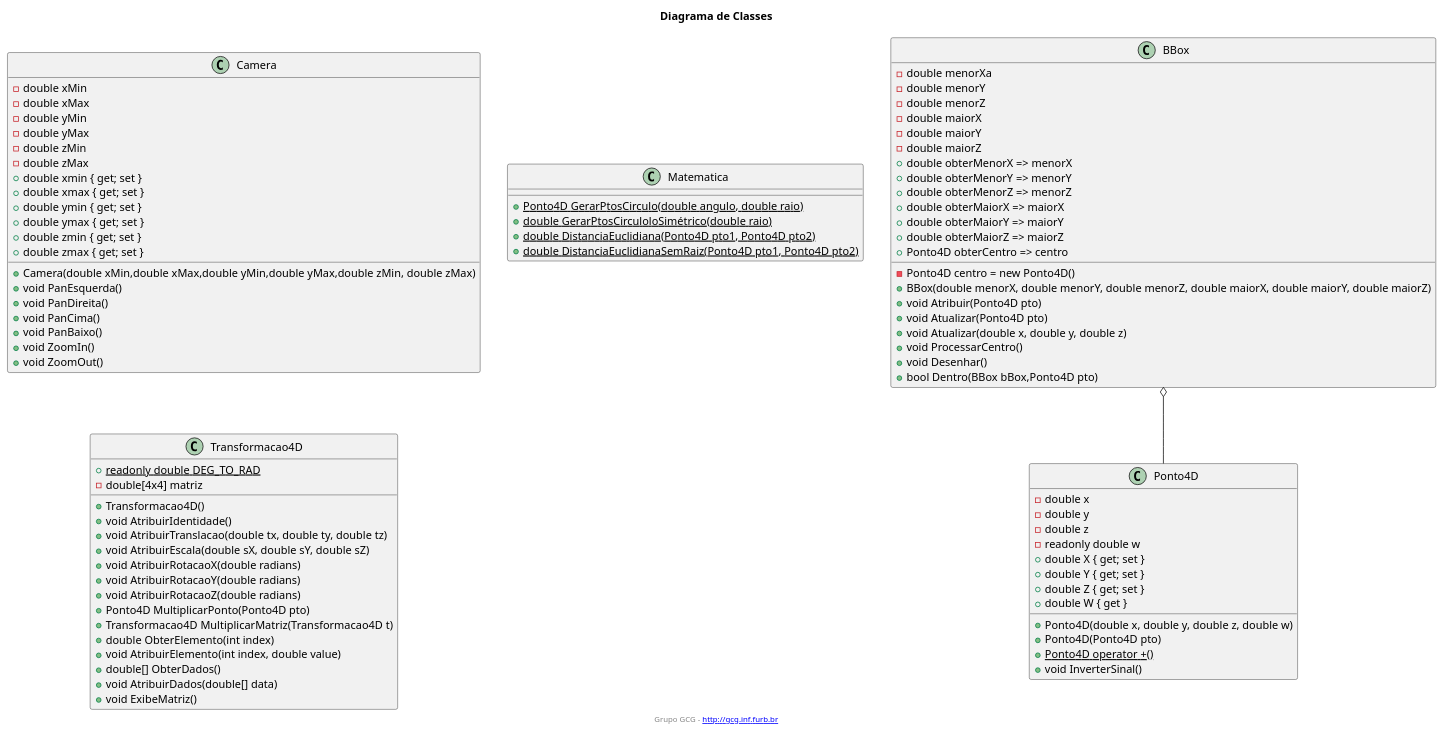
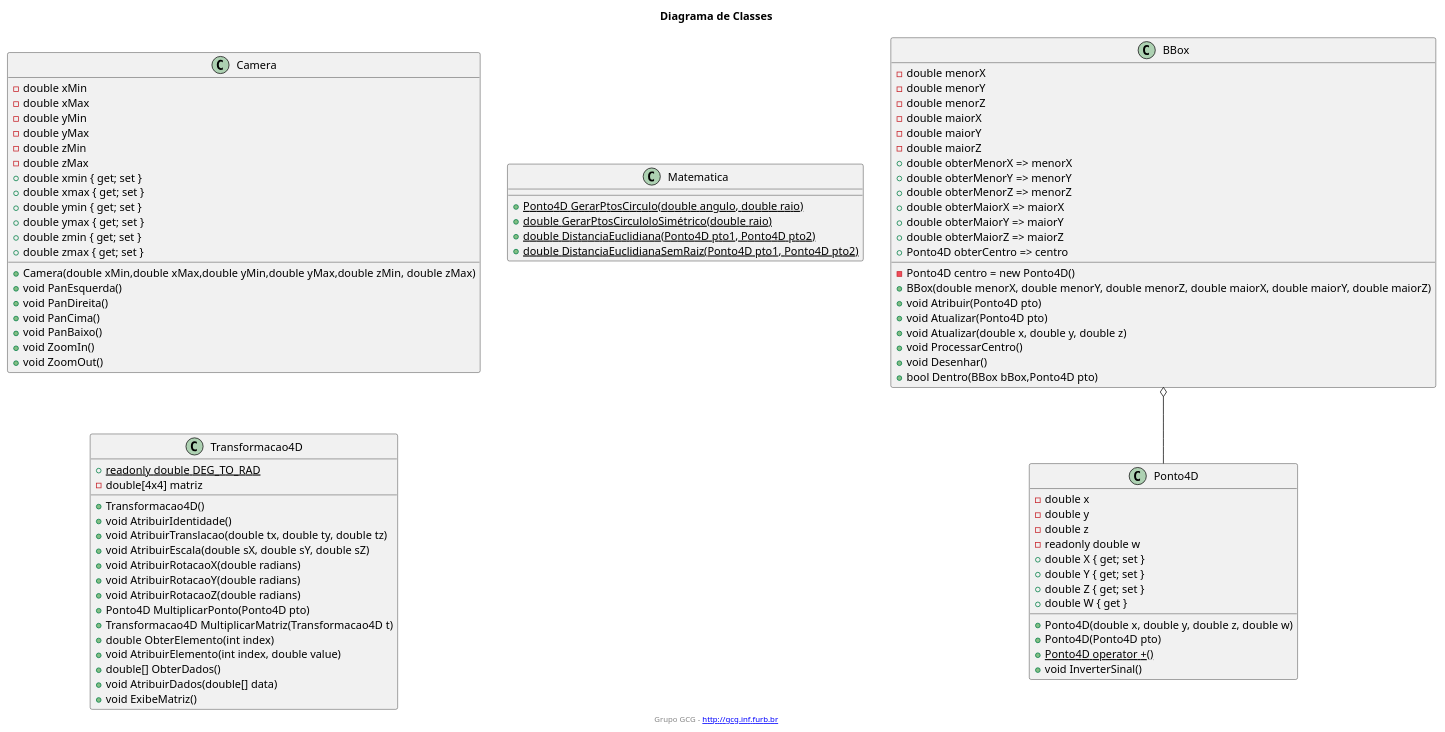
Before and after one commit to GCG-FURB/gcg-cg: the diagram in CG_Biblioteca/docs/umlClasses.wsd, drawn with PlantUML.

```diff
--- a/CG_Biblioteca/docs/umlClasses.wsd
+++ b/CG_Biblioteca/docs/umlClasses.wsd
@@ -2,86 +2,86 @@
 @startuml CG_Biblioteca
 
 title Diagrama de Classes
 footer Grupo GCG - [[http://gcg.inf.furb.br]]
 
-BBox : - double menorXa
+BBox : - double menorX
 BBox : - double menorY
 BBox : - double menorZ
 BBox : - double maiorX
 BBox : - double maiorY
 BBox : - double maiorZ
 BBox : - Ponto4D centro = new Ponto4D()
 BBox : + BBox(double menorX, double menorY, double menorZ, double maiorX, double maiorY, double maiorZ)
 BBox : + void Atribuir(Ponto4D pto)
 BBox : + void Atualizar(Ponto4D pto)
 BBox : + void Atualizar(double x, double y, double z)
 BBox : + void ProcessarCentro()
 BBox : + void Desenhar()
 BBox : + double obterMenorX => menorX
 BBox : + double obterMenorY => menorY
 BBox : + double obterMenorZ => menorZ
 BBox : + double obterMaiorX => maiorX
 BBox : + double obterMaiorY => maiorY
 BBox : + double obterMaiorZ => maiorZ
 BBox : + Ponto4D obterCentro => centro
 BBox o-- Ponto4D
 /' Privado_BBox '/
 BBox : + bool Dentro(BBox bBox,Ponto4D pto)
 
 Camera : - double xMin
 Camera : - double xMax
 Camera : - double yMin
 Camera : - double yMax
 Camera : - double zMin
 Camera : - double zMax
 Camera : + Camera(double xMin,double xMax,double yMin,double yMax,double zMin, double zMax)
 Camera : + double xmin { get; set }
 Camera : + double xmax { get; set }
 Camera : + double ymin { get; set }
 Camera : + double ymax { get; set }
 Camera : + double zmin { get; set }
 Camera : + double zmax { get; set }
 Camera : + void PanEsquerda()
 Camera : + void PanDireita()
 Camera : + void PanCima()
 Camera : + void PanBaixo()
 Camera : + void ZoomIn()
 Camera : + void ZoomOut()
 
 Matematica : + {static} Ponto4D GerarPtosCirculo(double angulo, double raio)
 Matematica : + {static} double GerarPtosCirculoloSimétrico(double raio)
 /' Privado_Matematica '/ 
 Matematica : + {static} double DistanciaEuclidiana(Ponto4D pto1, Ponto4D pto2)
 Matematica : + {static} double DistanciaEuclidianaSemRaiz(Ponto4D pto1, Ponto4D pto2)
 
 Ponto4D : - double x
 Ponto4D : - double y
 Ponto4D : - double z
 Ponto4D : - readonly double w
 Ponto4D : + Ponto4D(double x, double y, double z, double w)
 Ponto4D : + Ponto4D(Ponto4D pto)
 Ponto4D : + {static} Ponto4D operator +()
 Ponto4D : + double X { get; set }
 Ponto4D : + double Y { get; set }
 Ponto4D : + double Z { get; set }
 Ponto4D : + double W { get }
 Ponto4D : + void InverterSinal()
 
 Transformacao4D : {static} + readonly double DEG_TO_RAD
 Transformacao4D : -double[4x4] matriz
 Transformacao4D : +Transformacao4D()
 Transformacao4D : +void AtribuirIdentidade()
 Transformacao4D : +void AtribuirTranslacao(double tx, double ty, double tz)
 Transformacao4D : +void AtribuirEscala(double sX, double sY, double sZ)
 Transformacao4D : +void AtribuirRotacaoX(double radians)
 Transformacao4D : +void AtribuirRotacaoY(double radians)
 Transformacao4D : +void AtribuirRotacaoZ(double radians)
 Transformacao4D : +Ponto4D MultiplicarPonto(Ponto4D pto)
 Transformacao4D : +Transformacao4D MultiplicarMatriz(Transformacao4D t)
 Transformacao4D : +double ObterElemento(int index)
 Transformacao4D : +void AtribuirElemento(int index, double value)
 Transformacao4D : +double[] ObterDados()
 Transformacao4D : +void AtribuirDados(double[] data)
 Transformacao4D : +void ExibeMatriz()
 
 @enduml
```
